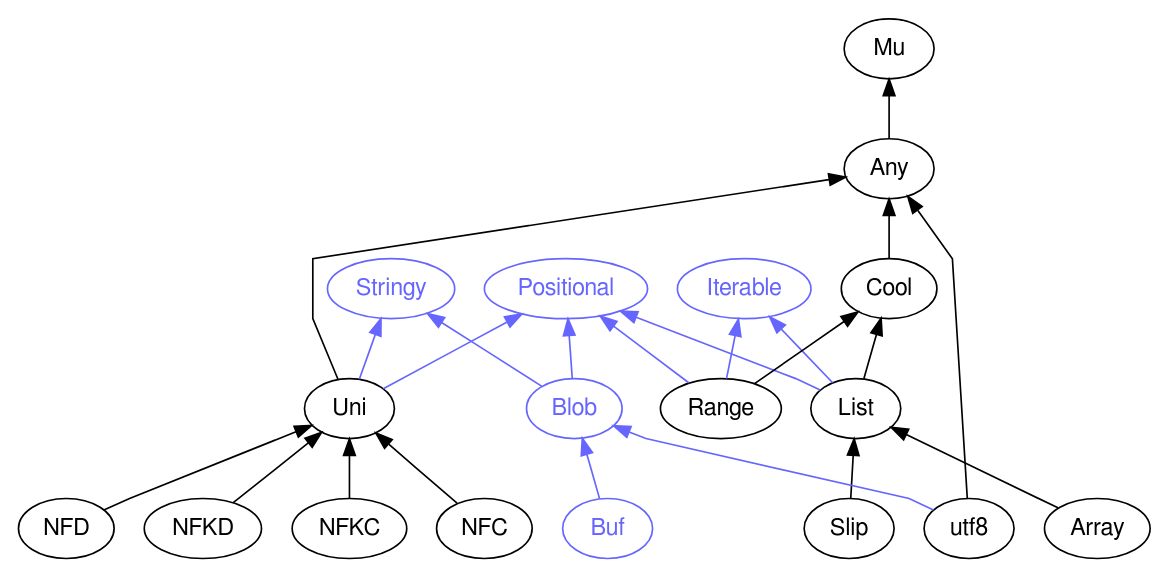
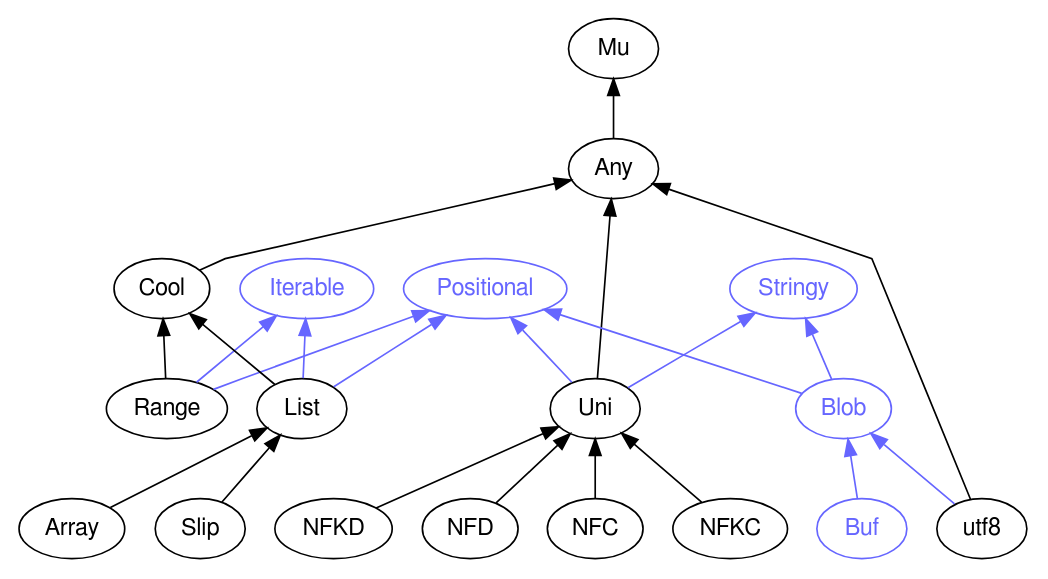
One commit to perl6docs/perl6docs.github.io changed the diagram in images/type-graph-Positional.svg.dot. Above: the diagram before and after it, drawn with Graphviz. The commit also changed other lines of this file and 1889 other files, not shown here.

```diff
--- a/images/type-graph-Positional.svg.dot
+++ b/images/type-graph-Positional.svg.dot
@@ -1,50 +1,50 @@
 digraph "perl6-type-graph" {
     rankdir=BT;
     splines=polyline;
     overlap=false; 
     // Types
     "Positional" [color="#6666FF", fontcolor="#6666FF", href="/type/Positional", fontname="FreeSans"];
     "Mu" [color="#000000", fontcolor="#000000", href="/type/Mu", fontname="FreeSans"];
     "Any" [color="#000000", fontcolor="#000000", href="/type/Any", fontname="FreeSans"];
+    "Cool" [color="#000000", fontcolor="#000000", href="/type/Cool", fontname="FreeSans"];
+    "Iterable" [color="#6666FF", fontcolor="#6666FF", href="/type/Iterable", fontname="FreeSans"];
+    "Range" [color="#000000", fontcolor="#000000", href="/type/Range", fontname="FreeSans"];
+    "List" [color="#000000", fontcolor="#000000", href="/type/List", fontname="FreeSans"];
     "Stringy" [color="#6666FF", fontcolor="#6666FF", href="/type/Stringy", fontname="FreeSans"];
     "Uni" [color="#000000", fontcolor="#000000", href="/type/Uni", fontname="FreeSans"];
-    "Cool" [color="#000000", fontcolor="#000000", href="/type/Cool", fontname="FreeSans"];
-    "Iterable" [color="#6666FF", fontcolor="#6666FF", href="/type/Iterable", fontname="FreeSans"];
-    "List" [color="#000000", fontcolor="#000000", href="/type/List", fontname="FreeSans"];
     "Blob" [color="#6666FF", fontcolor="#6666FF", href="/type/Blob", fontname="FreeSans"];
-    "Range" [color="#000000", fontcolor="#000000", href="/type/Range", fontname="FreeSans"];
-    "NFD" [color="#000000", fontcolor="#000000", href="/type/NFD", fontname="FreeSans"];
-    "NFKD" [color="#000000", fontcolor="#000000", href="/type/NFKD", fontname="FreeSans"];
-    "NFKC" [color="#000000", fontcolor="#000000", href="/type/NFKC", fontname="FreeSans"];
-    "NFC" [color="#000000", fontcolor="#000000", href="/type/NFC", fontname="FreeSans"];
     "Array" [color="#000000", fontcolor="#000000", href="/type/Array", fontname="FreeSans"];
     "Slip" [color="#000000", fontcolor="#000000", href="/type/Slip", fontname="FreeSans"];
+    "NFKD" [color="#000000", fontcolor="#000000", href="/type/NFKD", fontname="FreeSans"];
+    "NFD" [color="#000000", fontcolor="#000000", href="/type/NFD", fontname="FreeSans"];
+    "NFC" [color="#000000", fontcolor="#000000", href="/type/NFC", fontname="FreeSans"];
+    "NFKC" [color="#000000", fontcolor="#000000", href="/type/NFKC", fontname="FreeSans"];
     "utf8" [color="#000000", fontcolor="#000000", href="/type/utf8", fontname="FreeSans"];
     "Buf" [color="#6666FF", fontcolor="#6666FF", href="/type/Buf", fontname="FreeSans"];
 
     // Superclasses
     "Any" -> "Mu" [color="#000000"];
+    "Cool" -> "Any" [color="#000000"];
+    "Range" -> "Cool" [color="#000000"];
+    "List" -> "Cool" [color="#000000"];
     "Uni" -> "Any" [color="#000000"];
-    "Cool" -> "Any" [color="#000000"];
-    "List" -> "Cool" [color="#000000"];
-    "Range" -> "Cool" [color="#000000"];
-    "NFD" -> "Uni" [color="#000000"];
-    "NFKD" -> "Uni" [color="#000000"];
-    "NFKC" -> "Uni" [color="#000000"];
-    "NFC" -> "Uni" [color="#000000"];
     "Array" -> "List" [color="#000000"];
     "Slip" -> "List" [color="#000000"];
+    "NFKD" -> "Uni" [color="#000000"];
+    "NFD" -> "Uni" [color="#000000"];
+    "NFC" -> "Uni" [color="#000000"];
+    "NFKC" -> "Uni" [color="#000000"];
     "utf8" -> "Any" [color="#000000"];
 
     // Roles
+    "Range" -> "Positional" [color="#6666FF"];
+    "Range" -> "Iterable" [color="#6666FF"];
+    "List" -> "Positional" [color="#6666FF"];
+    "List" -> "Iterable" [color="#6666FF"];
     "Uni" -> "Positional" [color="#6666FF"];
     "Uni" -> "Stringy" [color="#6666FF"];
-    "List" -> "Positional" [color="#6666FF"];
-    "List" -> "Iterable" [color="#6666FF"];
     "Blob" -> "Positional" [color="#6666FF"];
     "Blob" -> "Stringy" [color="#6666FF"];
-    "Range" -> "Positional" [color="#6666FF"];
-    "Range" -> "Iterable" [color="#6666FF"];
     "utf8" -> "Blob" [color="#6666FF"];
     "Buf" -> "Blob" [color="#6666FF"];
 }
```
